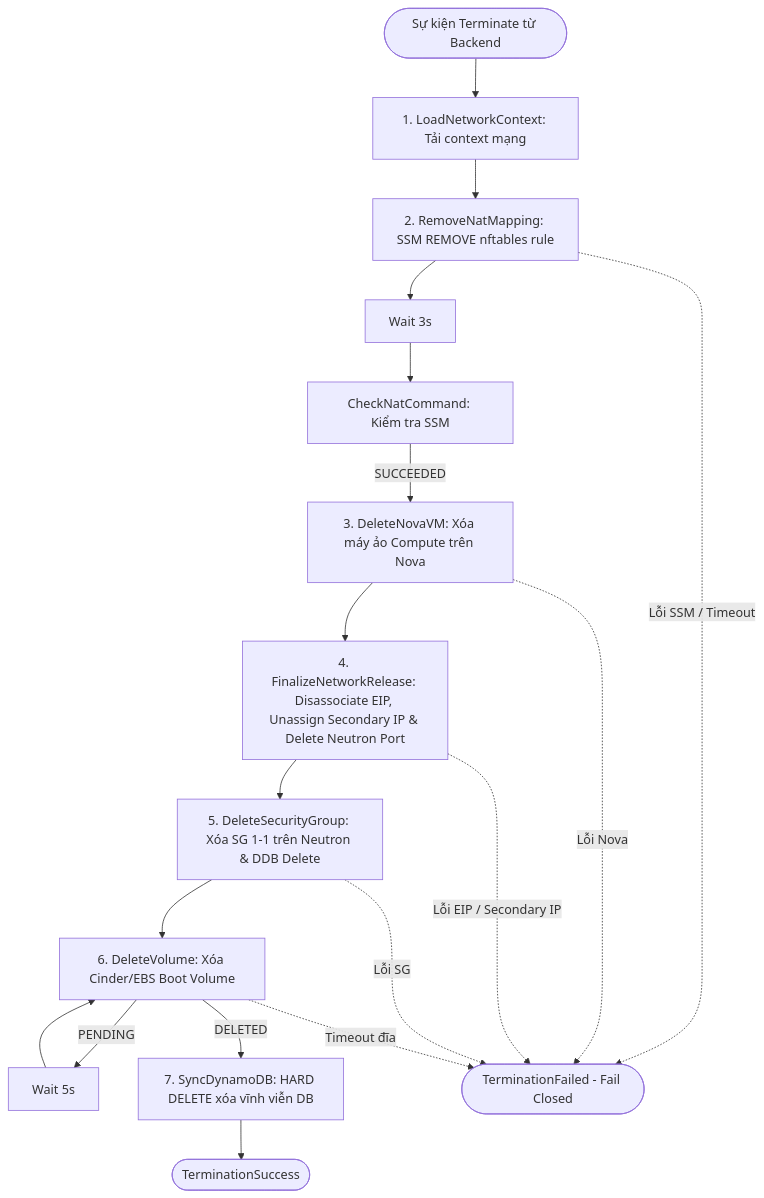
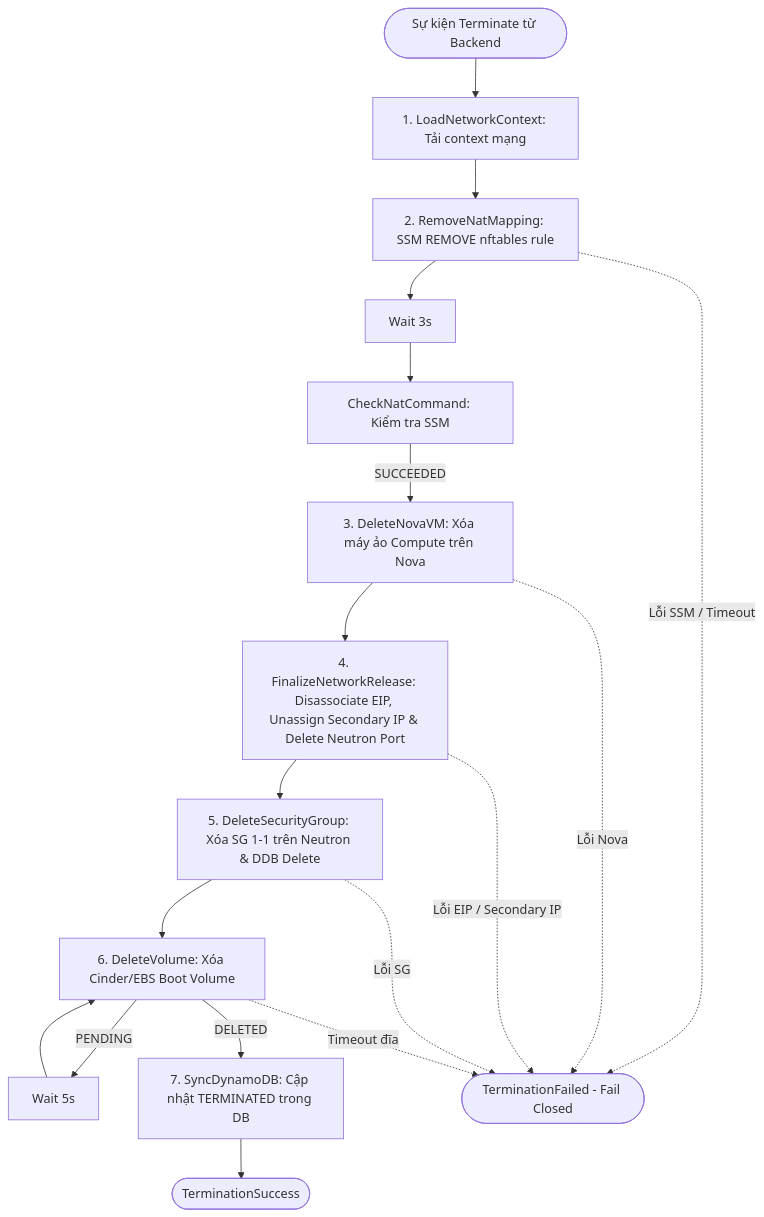
One commit to 24020196/aws-btl changed the diagram in docs/specs/serverless/SPEC-SF-02-TERMINATE-PIPELINE.md. Above: the diagram before and after it, drawn with Mermaid. The commit also changed other lines of this file and 29 other files, not shown here.

````diff
--- a/docs/specs/serverless/SPEC-SF-02-TERMINATE-PIPELINE.md
+++ b/docs/specs/serverless/SPEC-SF-02-TERMINATE-PIPELINE.md
@@ -20,19 +20,19 @@
 ```mermaid
 flowchart TD
     Start([Sự kiện Terminate từ Backend]) --> LNC[1. LoadNetworkContext: Tải context mạng]
     LNC --> RNM[2. RemoveNatMapping: SSM REMOVE nftables rule]
     RNM --> WNC[Wait 3s] --> CNC[CheckNatCommand: Kiểm tra SSM]
     CNC -->|SUCCEEDED| DN[3. DeleteNovaVM: Xóa máy ảo Compute trên Nova]
     DN --> FNR[4. FinalizeNetworkRelease: Disassociate EIP, Unassign Secondary IP & Delete Neutron Port]
     FNR --> DSG[5. DeleteSecurityGroup: Xóa SG 1-1 trên Neutron & DDB Delete]
     DSG --> DV[6. DeleteVolume: Xóa Cinder/EBS Boot Volume]
     DV -->|PENDING| WVD[Wait 5s] --> DV
-    DV -->|DELETED| SD[7. SyncDynamoDB: HARD DELETE xóa vĩnh viễn DB]
+    DV -->|DELETED| SD[7. SyncDynamoDB: Cập nhật TERMINATED trong DB]
     SD --> Done([TerminationSuccess])
 
     RNM -.->|Lỗi SSM / Timeout| Fail([TerminationFailed - Fail Closed])
     DN -.->|Lỗi Nova| Fail
     FNR -.->|Lỗi EIP / Secondary IP| Fail
     DSG -.->|Lỗi SG| Fail
     DV -.->|Timeout đĩa| Fail
 ```
````
